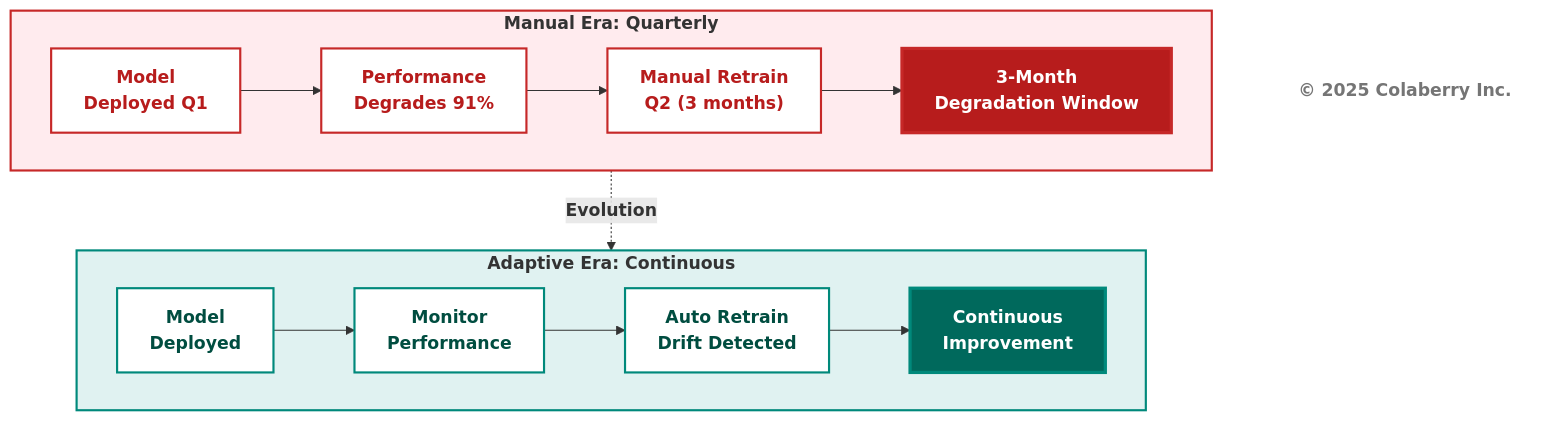
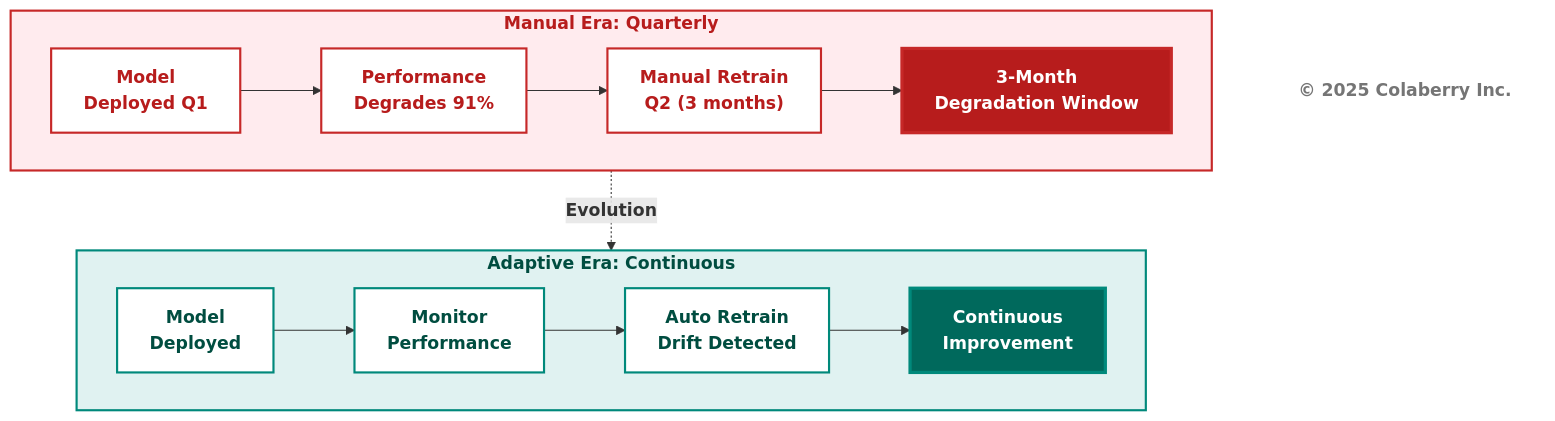
The seventh of 9 diagrams in manuscript/chapter_2_inpact_framework_v2_1.md (saitejesh-cyber/trust-before-intelligence-book), drawn with Mermaid before and after one commit. The commit also changed other lines of this file, not shown here.

First line of the commit message:
diagrams fixed

````diff
--- a/manuscript/chapter_2_inpact_framework_v2_1.md
+++ b/manuscript/chapter_2_inpact_framework_v2_1.md
@@ -529,35 +526,35 @@
 ```mermaid
 graph TB
     subgraph ERA1["<b>Manual Era: Quarterly</b>"]
         direction LR
         A1["<b>Model<br/>Deployed Q1</b>"] --> B1["<b>Performance<br/>Degrades 91%</b>"]
         B1 --> C1["<b>Manual Retrain<br/>Q2 (3 months)</b>"]
         C1 --> D1["<b>3-Month<br/>Degradation Window</b>"]
         
         style D1 fill:#b71c1c,color:#ffffff,stroke:#c62828,stroke-width:3px
     end
     
     ERA1 -.->|<b>Evolution</b>| ERA2
     
     subgraph ERA2["<b>Adaptive Era: Continuous</b>"]
         direction LR
         A2["<b>Model<br/>Deployed</b>"] --> B2["<b>Monitor<br/>Performance</b>"]
         B2 --> C2["<b>Auto Retrain<br/>Drift Detected</b>"]
         C2 --> D2["<b>Continuous<br/>Improvement</b>"]
         
         style D2 fill:#00695c,color:#ffffff,stroke:#00897b,stroke-width:3px
     end
     
-    style ERA1 fill:#ffebee,stroke:#c62828,stroke-width:2px
+    style ERA1 fill:#ffebee,stroke:#c62828,stroke-width:2px,color:#b71c1c
     style A1 fill:#ffffff,stroke:#c62828,stroke-width:2px,color:#b71c1c
     style B1 fill:#ffffff,stroke:#c62828,stroke-width:2px,color:#b71c1c
     style C1 fill:#ffffff,stroke:#c62828,stroke-width:2px,color:#b71c1c
     
-    style ERA2 fill:#e0f2f1,stroke:#00897b,stroke-width:2px
+    style ERA2 fill:#e0f2f1,stroke:#00897b,stroke-width:2px,color:#004d40
     style A2 fill:#ffffff,stroke:#00897b,stroke-width:2px,color:#004d40
     style B2 fill:#ffffff,stroke:#00897b,stroke-width:2px,color:#004d40
     style C2 fill:#ffffff,stroke:#00897b,stroke-width:2px,color:#004d40
     
     Copyright["<b>© 2025 Colaberry Inc.</b>"]
     style Copyright fill:#ffffff,stroke:none,color:#757575
 ```
````
